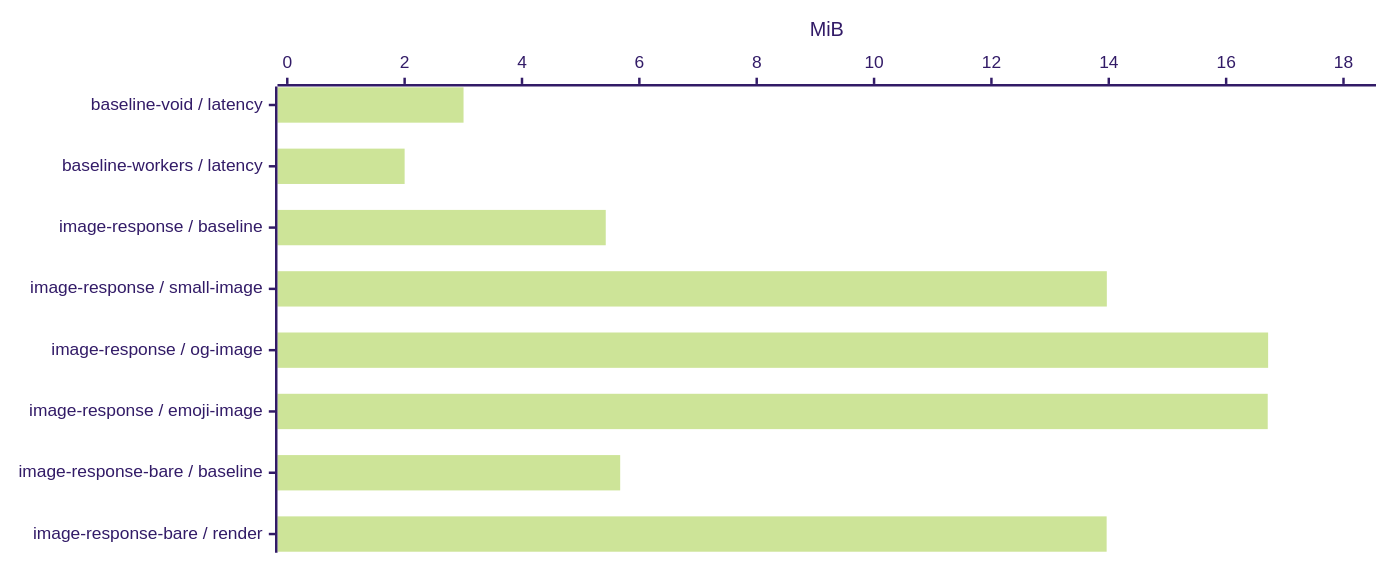
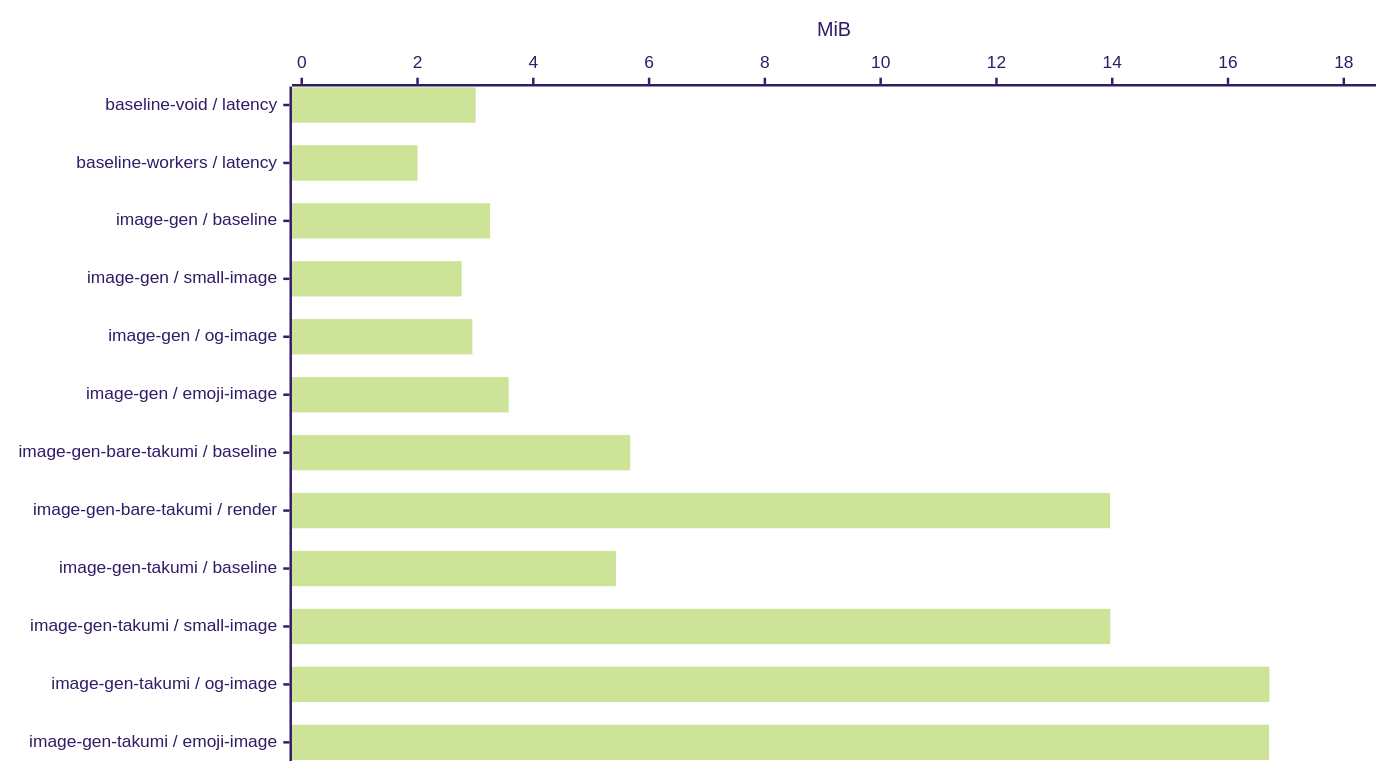
Diagram 16 of 25 in benchmark/report.md (voidzero-dev/void), drawn with Mermaid (forest theme) before and after one commit. The commit also changed other lines of this file and 41 other files, not shown here.

````diff
--- a/benchmark/report.md
+++ b/benchmark/report.md
@@ -326,12 +337,12 @@
 ```mermaid
 ---
 config:
   xyChart:
     width: 1100
-    height: 436
+    height: 604
 ---
 xychart-beta horizontal
-    x-axis ["baseline-void / latency", "baseline-workers / latency", "image-response / baseline", "image-response / small-image", "image-response / og-image", "image-response / emoji-image", "image-response-bare / baseline", "image-response-bare / render"]
+    x-axis ["baseline-void / latency", "baseline-workers / latency", "image-gen / baseline", "image-gen / small-image", "image-gen / og-image", "image-gen / emoji-image", "image-gen-bare-takumi / baseline", "image-gen-bare-takumi / render", "image-gen-takumi / baseline", "image-gen-takumi / small-image", "image-gen-takumi / og-image", "image-gen-takumi / emoji-image"]
     y-axis "MiB" 0 --> 18.38705
-    bar [3.0039177, 2.0000114, 5.4272728, 13.966643, 16.7155, 16.708805, 5.6733665, 13.963451]
+    bar [3.0039177, 2.0000114, 3.2539177, 2.7626295, 2.9483776, 3.5739269, 5.6733665, 13.963451, 5.4272728, 13.966643, 16.7155, 16.708805]
 ```
````
